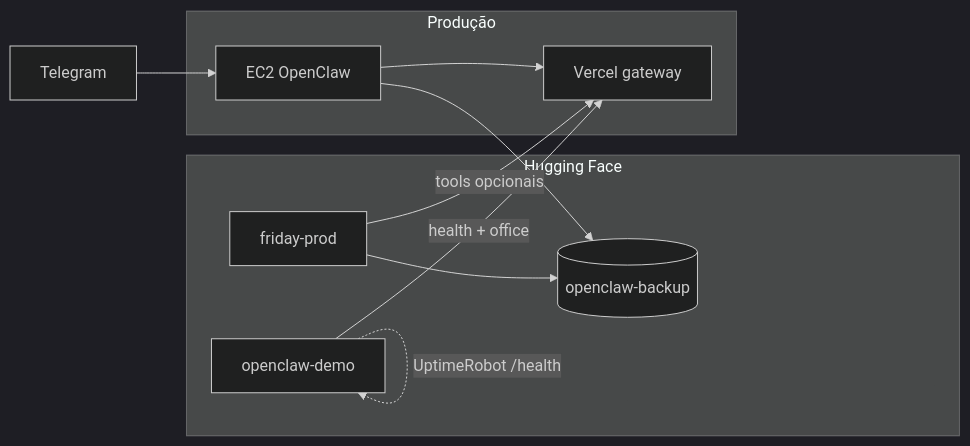
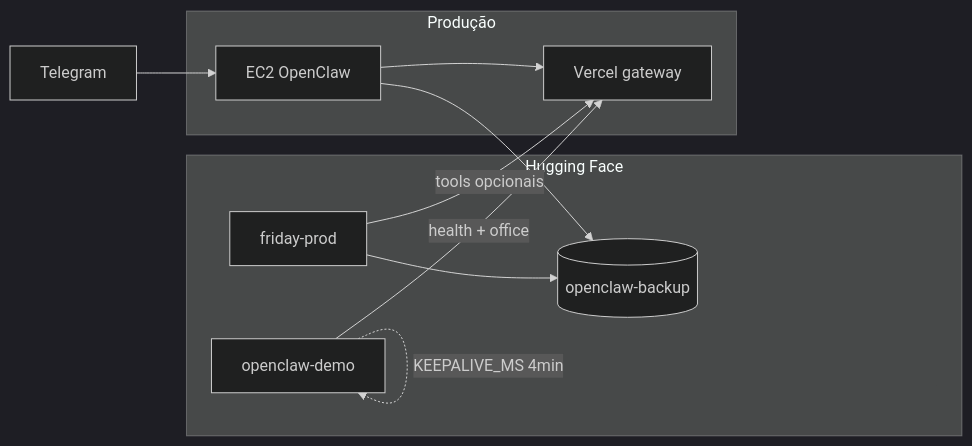
The diagram in docs/HF-DEPLOY-FRIDAY.md (Aldebaran-LW/Agente_F.R.I.D.A.Y), drawn with Mermaid (dark theme) before and after one commit. The commit also changed other lines of this file and 35 other files, not shown here.

````diff
--- a/docs/HF-DEPLOY-FRIDAY.md
+++ b/docs/HF-DEPLOY-FRIDAY.md
@@ -11,19 +11,19 @@
 ```mermaid
 flowchart LR
   subgraph hf [Hugging Face]
     DEMO[openclaw-demo]
     FRI[friday-prod]
     DS[(openclaw-backup)]
   end
   subgraph prod [Produção]
     EC2[EC2 OpenClaw]
     VER[Vercel gateway]
   end
   TG[Telegram] --> EC2
   EC2 --> VER
   DEMO -->|health + office| VER
   FRI -->|tools opcionais| VER
   EC2 --> DS
   FRI --> DS
-  DEMO -.->|UptimeRobot /health| DEMO
+  DEMO -.->|KEEPALIVE_MS 4min| DEMO
 ```
````
